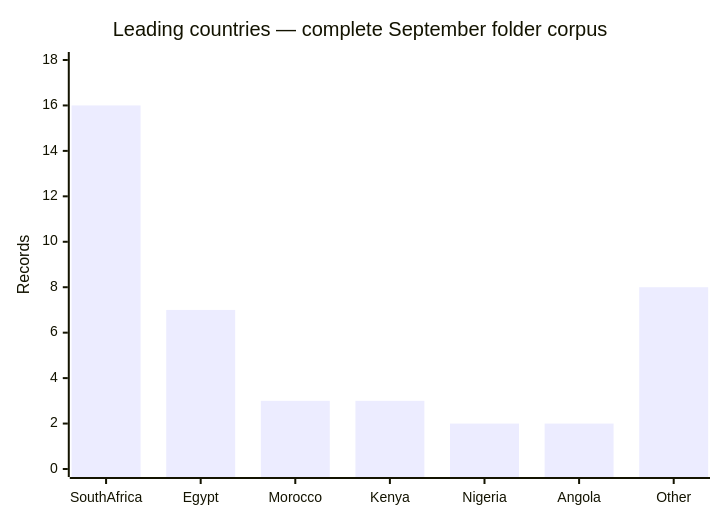
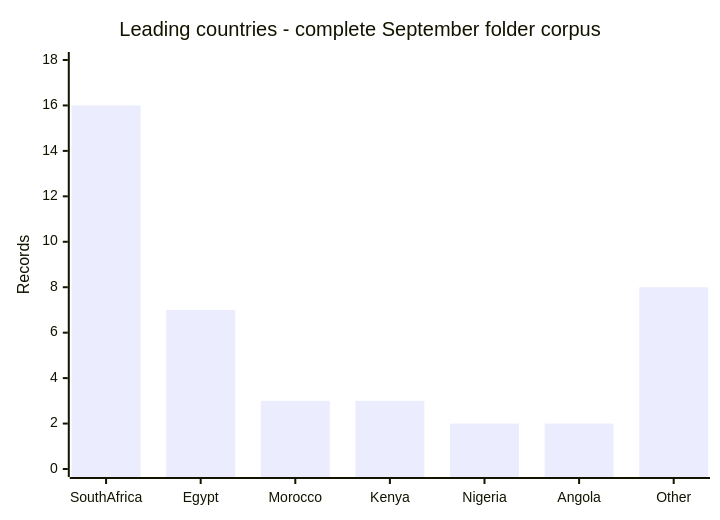
The fourth of 10 diagrams in CyberAttackAfrica/2026/09-september/README.md (Hatchepsoute/AFRINTEL), drawn with Mermaid before and after one commit. The commit also changed other lines of this file and 35 other files, not shown here.

````diff
--- a/CyberAttackAfrica/2026/09-september/README.md
+++ b/CyberAttackAfrica/2026/09-september/README.md
@@ -170,7 +170,7 @@
 ```mermaid
 xychart-beta
-    title "Leading countries — complete September folder corpus"
+    title "Leading countries  -  complete September folder corpus"
     x-axis [SouthAfrica, Egypt, Morocco, Kenya, Nigeria, Angola, Other]
     y-axis "Records" 0 --> 18
     bar [16, 7, 3, 3, 2, 2, 8]
 ```
````
